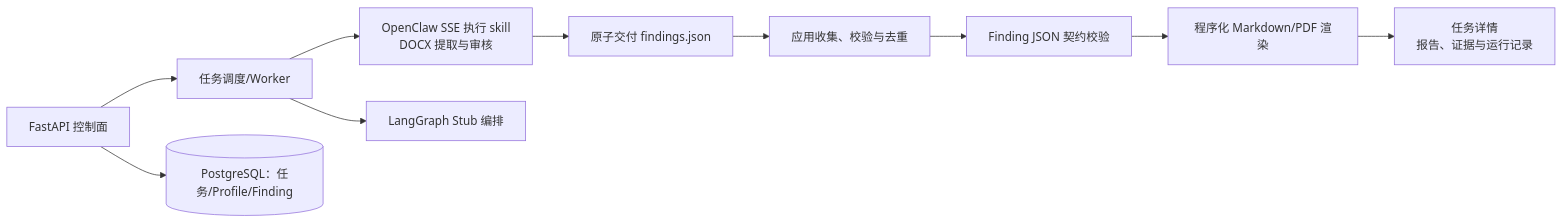
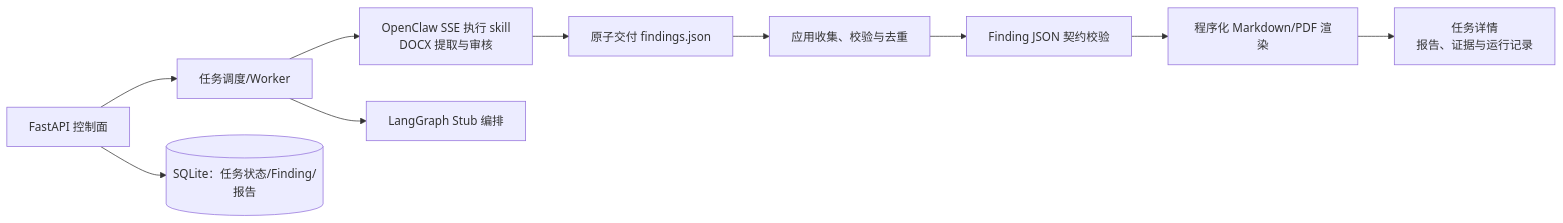
The first of 2 diagrams in README.md (Rainbow-CC/DocGuard), drawn with Mermaid before and after one commit. The commit also changed other lines of this file and 19 other files, not shown here.

````diff
--- a/README.md
+++ b/README.md
@@ -9,12 +9,12 @@
 ```mermaid
 flowchart LR
     API["FastAPI 控制面"] --> Q["任务调度/Worker"]
     Q --> AG["OpenClaw SSE 执行 skill<br/>DOCX 提取与审核"]
     AG --> AR["原子交付 findings.json"]
     AR --> MG["应用收集、校验与去重"]
     MG --> CV["Finding JSON 契约校验"]
     CV --> RR["程序化 Markdown/PDF 渲染"]
     RR --> UI["任务详情<br/>报告、证据与运行记录"]
     Q --> LG["LangGraph Stub 编排"]
-    API --> DB[("PostgreSQL：任务/Profile/Finding")]
+    API --> DB[("SQLite：任务状态/Finding/报告")]
 ```
````
